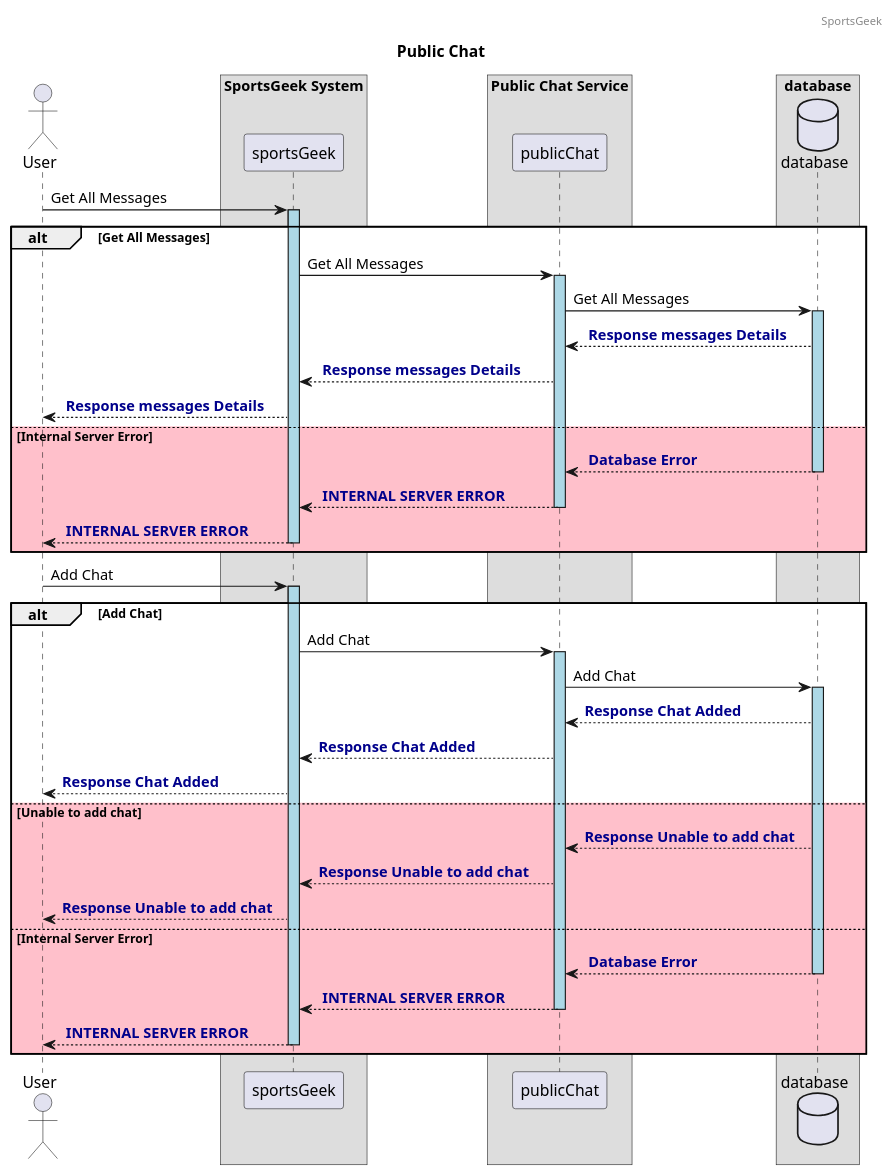
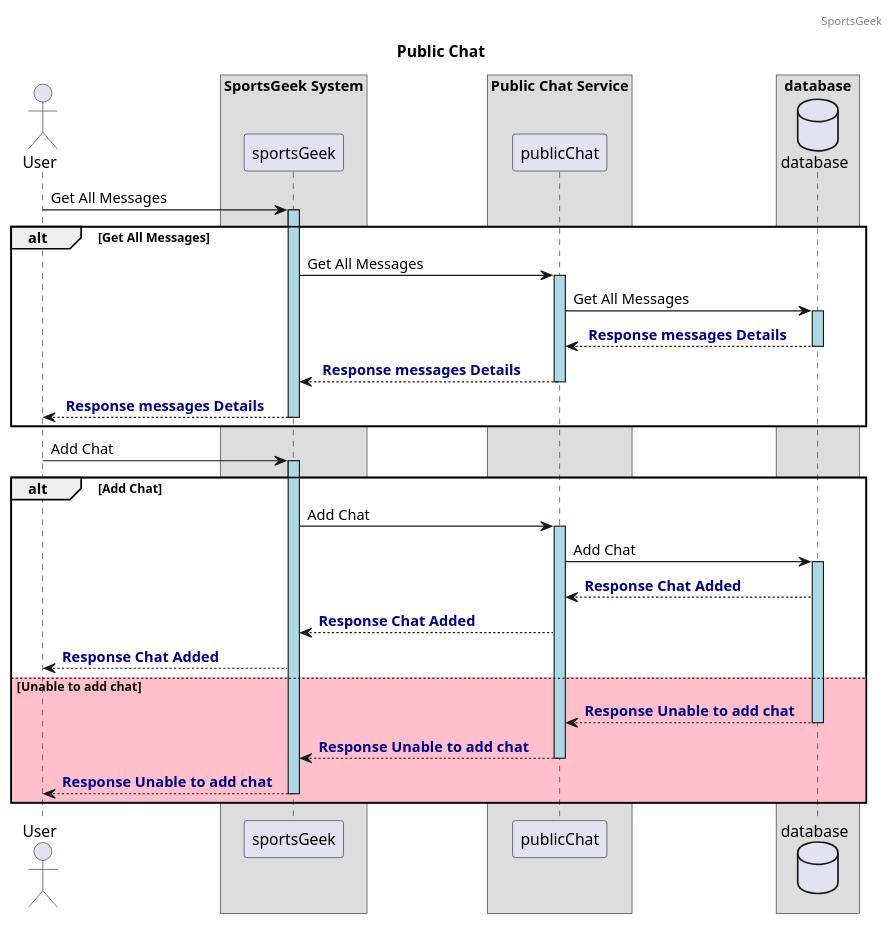
Before and after one commit to suraj903/sportsgeek_backend-1: the diagram in src/doc/sequenceDiagram/Chat.puml, drawn with PlantUML. The commit also changed 19 other files, not shown here.

Commit message:
Sequence Diagram implementation --sajesh

```diff
--- a/src/doc/sequenceDiagram/Chat.puml
+++ b/src/doc/sequenceDiagram/Chat.puml
@@ -1,58 +1,50 @@
 @startuml
 header SportsGeek
 title Public Chat
 skinparam ParticipantPadding 10
 skinparam BoxPadding 20
 actor User
 box "SportsGeek System"
  participant sportsGeek
 end box
 box "Public Chat Service"
  participant publicChat
 end box
 box "database"
     database database
 end box
 
 User -> "sportsGeek": Get All Messages
 activate "sportsGeek" #lightblue
 alt #white Get All Messages
     "sportsGeek" -> "publicChat" : Get All Messages
     activate "publicChat" #lightblue
     "publicChat" -> "database" : Get All Messages
         activate "database" #lightblue
     "database" --> "publicChat" : <font color=darkblue><b> Response messages Details
+deactivate "database"
 "publicChat" --> "sportsGeek" : <font color=darkblue><b> Response messages Details
+deactivate "publicChat"
 "sportsGeek" --> User : <font color=darkblue><b> Response messages Details
-else #pink Internal Server Error
-"database" --> "publicChat" : <font color=darkblue><b> Database Error
-deactivate "database"
-"publicChat" --> "sportsGeek" : <font color=darkblue><b> INTERNAL SERVER ERROR
-deactivate "publicChat"
-"sportsGeek" --> User : <font color=darkblue><b> INTERNAL SERVER ERROR
 deactivate "sportsGeek"
 end alt
 
 User -> "sportsGeek": Add Chat
 activate sportsGeek #lightblue
 alt #white Add Chat
 "sportsGeek" -> "publicChat" : Add Chat
 activate "publicChat" #lightblue
     "publicChat" -> "database" : Add Chat
     activate "database" #lightblue
     "database" --> "publicChat" : <font color=darkblue><b>Response Chat Added
 "publicChat" --> "sportsGeek" : <font color=darkblue><b>Response Chat Added
 "sportsGeek" --> User : <font color=darkblue><b>Response Chat Added
 else #pink Unable to add chat
 "database" --> "publicChat" : <font color=darkblue><b>Response Unable to add chat
+deactivate "database"
 "publicChat" --> "sportsGeek" : <font color=darkblue><b>Response Unable to add chat
+deactivate "publicChat"
 "sportsGeek" --> User : <font color=darkblue><b>Response Unable to add chat
-else #pink Internal Server Error
-"database" --> "publicChat" : <font color=darkblue><b> Database Error
-deactivate "database"
-"publicChat" --> "sportsGeek" : <font color=darkblue><b> INTERNAL SERVER ERROR
-deactivate "publicChat"
-"sportsGeek" --> User : <font color=darkblue><b> INTERNAL SERVER ERROR
 deactivate "sportsGeek"
 end alt
 @enduml
```
